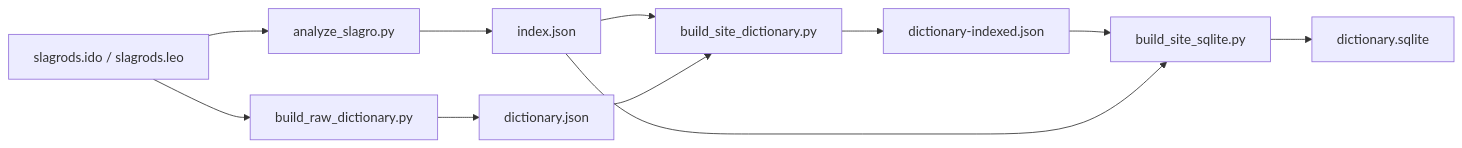
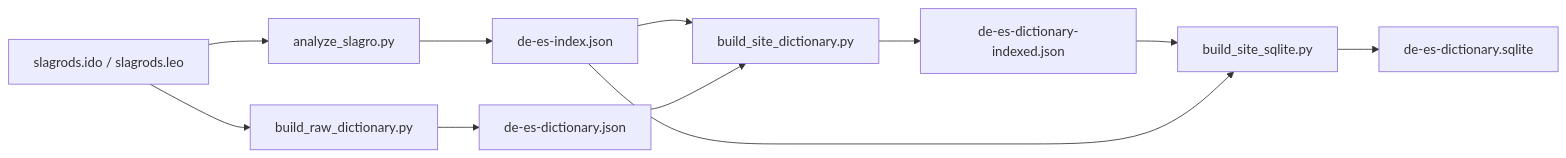
One commit to mgaitan/dictionary changed the first of 4 diagrams in README.md. Above: the diagram before and after it, drawn with Mermaid. The commit also changed other lines of this file and 20 other files, not shown here.

````diff
--- a/README.md
+++ b/README.md
@@ -45,13 +48,13 @@
 ```mermaid
 flowchart LR
     A[slagrods.ido / slagrods.leo] --> B[analyze_slagro.py]
     A --> C[build_raw_dictionary.py]
-    B --> D[index.json]
-    C --> E[dictionary.json]
+    B --> D[de-es-index.json]
+    C --> E[de-es-dictionary.json]
     D --> F[build_site_dictionary.py]
     E --> F
-    F --> G[dictionary-indexed.json]
+    F --> G[de-es-dictionary-indexed.json]
     G --> H[build_site_sqlite.py]
     D --> H
-    H --> I[dictionary.sqlite]
+    H --> I[de-es-dictionary.sqlite]
 ```
````
